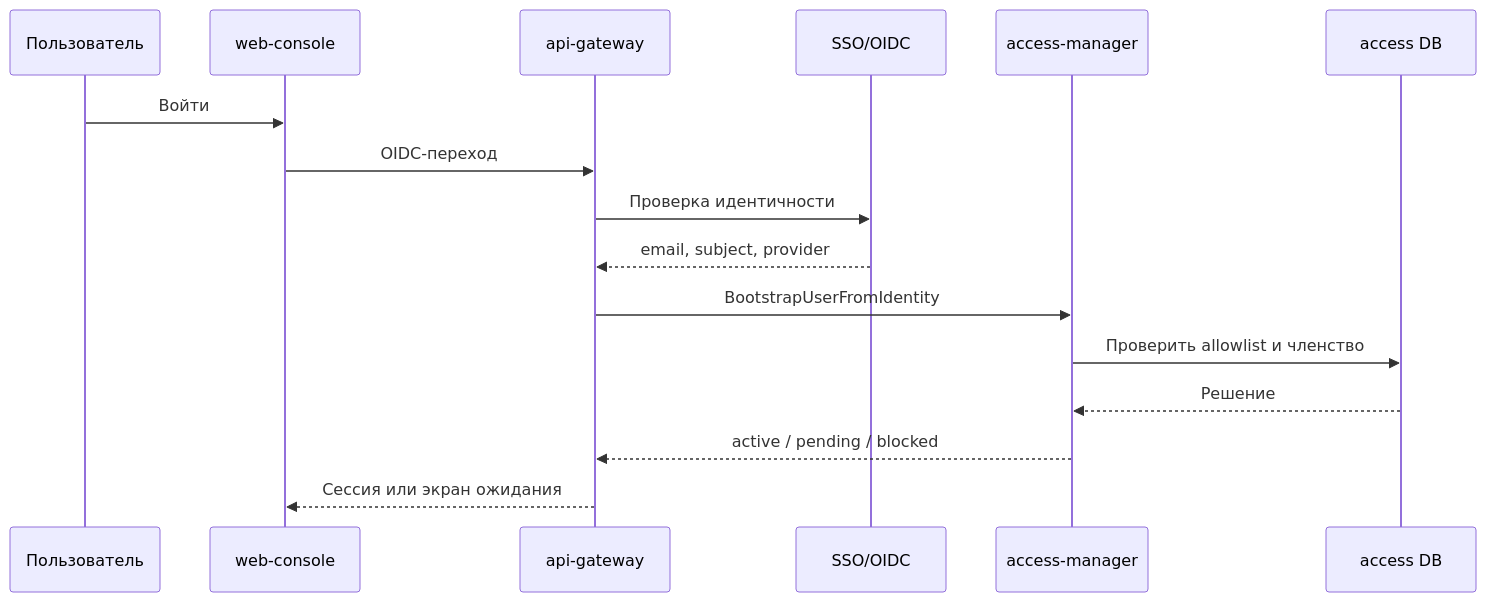
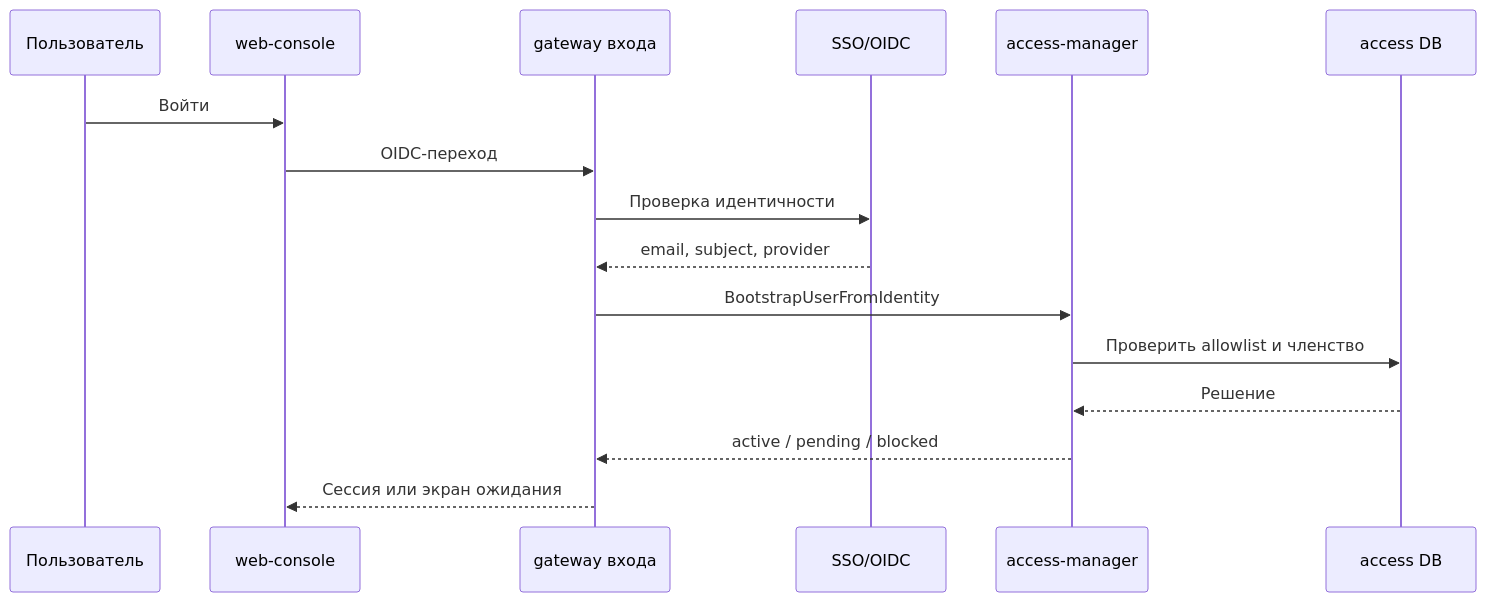
One commit to codex-k8s/kodex changed the first of 3 diagrams in docs/domains/access-and-accounts/architecture/design.md. Above: the diagram before and after it, drawn with Mermaid. The commit also changed 44 other files, not shown here.

````diff
--- a/docs/domains/access-and-accounts/architecture/design.md
+++ b/docs/domains/access-and-accounts/architecture/design.md
@@ -68,18 +68,18 @@
 ```mermaid
 sequenceDiagram
   participant U as Пользователь
   participant UI as web-console
-  participant API as api-gateway
+  participant API as gateway входа
   participant IDP as SSO/OIDC
   participant A as access-manager
   participant DB as access DB
   U->>UI: Войти
   UI->>API: OIDC-переход
   API->>IDP: Проверка идентичности
   IDP-->>API: email, subject, provider
   API->>A: BootstrapUserFromIdentity
   A->>DB: Проверить allowlist и членство
   DB-->>A: Решение
   A-->>API: active / pending / blocked
   API-->>UI: Сессия или экран ожидания
 ```
````
